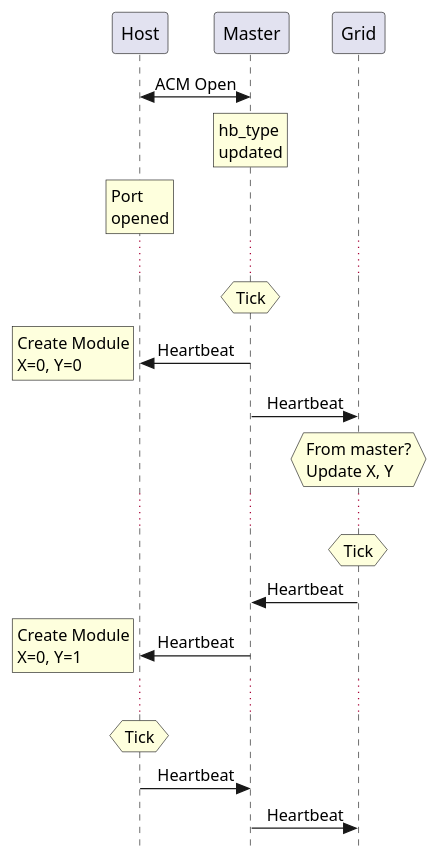
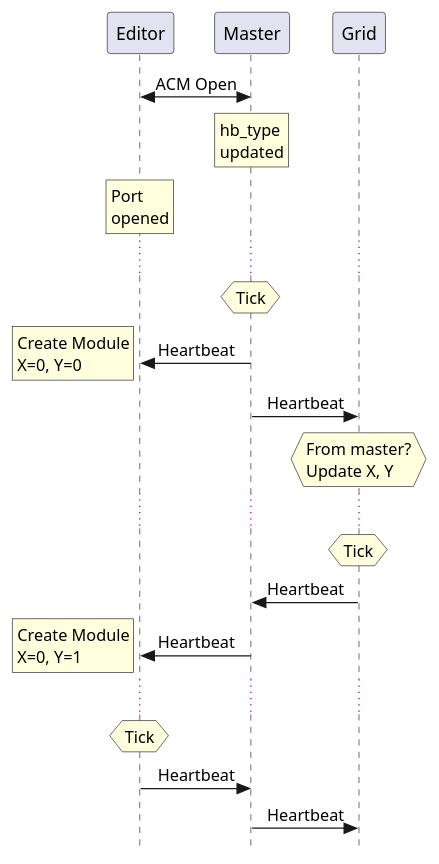
One commit to intechstudio/grid-fw changed the diagram in grid_make/grid/documentation/docutest.wsd. Above: the diagram before and after it, drawn with PlantUML. The commit also changed 31 other files, not shown here.

```diff
--- a/grid_make/grid/documentation/docutest.wsd
+++ b/grid_make/grid/documentation/docutest.wsd
@@ -1,48 +1,48 @@
 @startuml test
 
 skinparam Style strictuml
 skinparam SequenceMessageAlignment center
 
-Host <-> Master : ACM Open
+Editor <-> Master : ACM Open
 rnote over Master
   hb_type
   updated
 end note
-rnote over Host
+rnote over Editor
   Port
   opened
 end note
 ...
 hnote over Master
  Tick
 endhnote
-Master -> Host : Heartbeat
+Master -> Editor : Heartbeat
 rnote left
   Create Module
   X=0, Y=0
 end note
 Master -> Grid : Heartbeat
 hnote over Grid
   From master?
   Update X, Y
 end note
 ...
 hnote over Grid
  Tick
 endhnote
 Grid -> Master : Heartbeat
-Master -> Host : Heartbeat
+Master -> Editor : Heartbeat
 rnote left
   Create Module
   X=0, Y=1
 end note
 ...
-hnote over Host
+hnote over Editor
  Tick
 endhnote
-Host -> Master : Heartbeat
+Editor -> Master : Heartbeat
 Master -> Grid : Heartbeat
 
 
 
 @enduml
```
